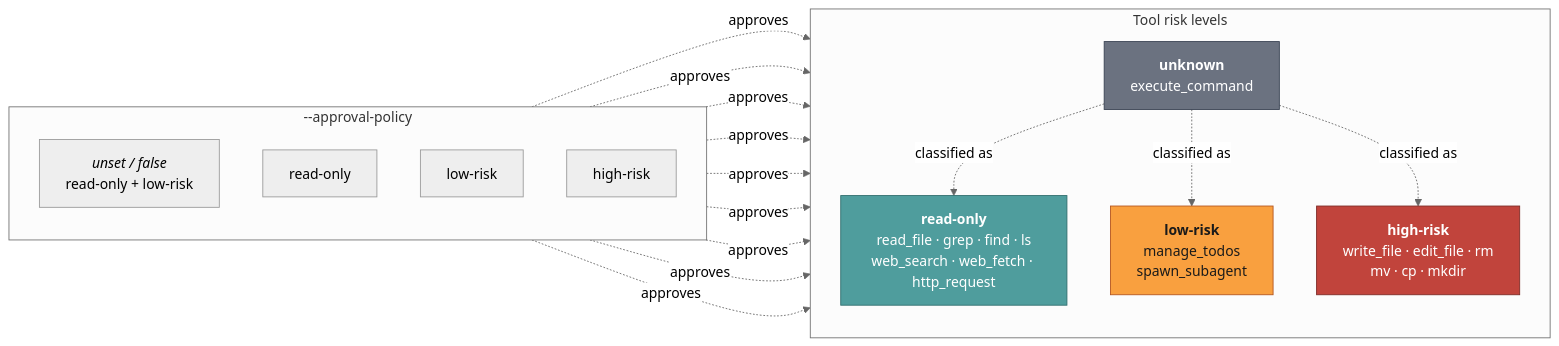
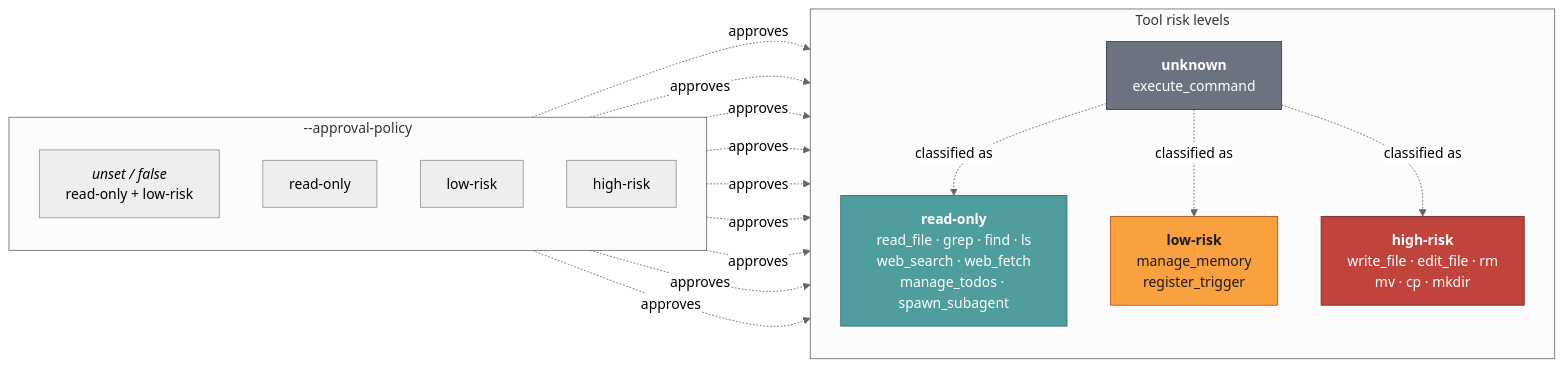
One commit to lvndry/jazz changed the third of 4 diagrams in docs/maintainers/tool-lifecycle.md. Above: the diagram before and after it, drawn with Mermaid (neutral theme). The commit also changed other lines of this file and 20 other files, not shown here.

First line of the commit message:
fix(approvals): rate agent bookkeeping and spawn_subagent read-only

````diff
--- a/docs/maintainers/tool-lifecycle.md
+++ b/docs/maintainers/tool-lifecycle.md
@@ -191,40 +193,40 @@
 ```mermaid
 flowchart LR
     subgraph tiers["Tool risk levels"]
         direction TB
-        RO["<b>read-only</b><br/>read_file · grep · find · ls<br/>web_search · web_fetch · http_request"]
-        LR["<b>low-risk</b><br/>manage_todos<br/>spawn_subagent"]
+        RO["<b>read-only</b><br/>read_file · grep · find · ls<br/>web_search · web_fetch<br/>manage_todos · spawn_subagent"]
+        LR["<b>low-risk</b><br/>manage_memory<br/>register_trigger"]
         HR["<b>high-risk</b><br/>write_file · edit_file · rm<br/>mv · cp · mkdir"]
         UN["<b>unknown</b><br/>execute_command"]
     end
 
     subgraph policies["--approval-policy"]
         direction TB
         P0["<i>unset / false</i><br/>read-only + low-risk"]
         P1["read-only"]
         P2["low-risk"]
         P3["high-risk"]
     end
 
     P0 -.->|approves| RO
     P0 -.->|approves| LR
     P1 -.->|approves| RO
     P2 -.->|approves| RO
     P2 -.->|approves| LR
     P3 -.->|approves| RO
     P3 -.->|approves| LR
     P3 -.->|approves| HR
     P3 -.->|approves| UN
     UN -.->|classified as| RO
     UN -.->|classified as| LR
     UN -.->|classified as| HR
 
     classDef safe fill:#4f9d9d,stroke:#2f6d6d,color:#ffffff
     classDef warn fill:#f9a03f,stroke:#b3541e,color:#1a1a1a
     classDef bad fill:#c1443c,stroke:#7d2b26,color:#ffffff
     classDef muted fill:#6b7280,stroke:#374151,color:#ffffff
     class RO safe
     class LR warn
     class HR bad
     class UN muted
 ```
````
